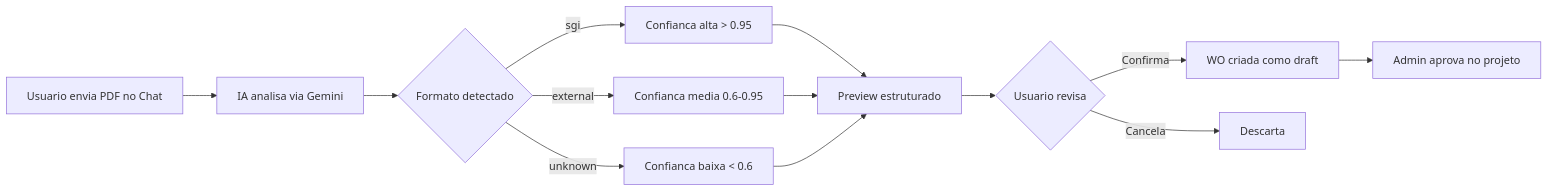
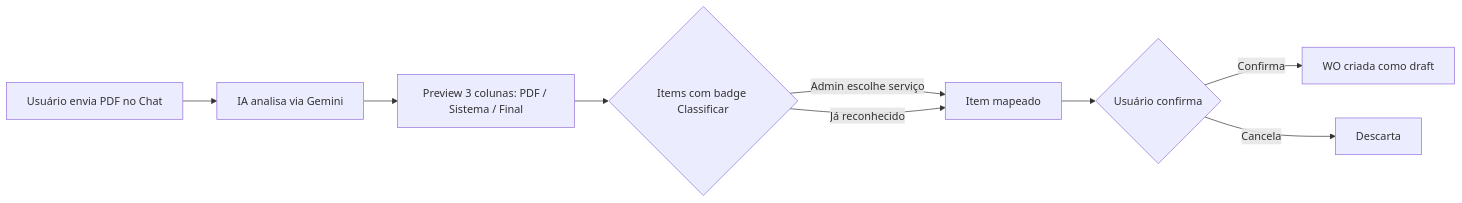
The first of 2 diagrams in docs/work-order.md (RafaelWinders/guia-do-usuario), drawn with Mermaid before and after one commit. The commit also changed other lines of this file and 15 other files, not shown here.

````diff
--- a/docs/work-order.md
+++ b/docs/work-order.md
@@ -66,15 +65,11 @@
 ```mermaid
 flowchart LR
-    A[Usuario envia PDF no Chat] --> B[IA analisa via Gemini]
-    B --> C{Formato detectado}
-    C -->|sgi| D[Confianca alta > 0.95]
-    C -->|external| E[Confianca media 0.6-0.95]
-    C -->|unknown| F[Confianca baixa < 0.6]
-    D --> G[Preview estruturado]
-    E --> G
-    F --> G
-    G --> H{Usuario revisa}
-    H -->|Confirma| I[WO criada como draft]
-    H -->|Cancela| J[Descarta]
-    I --> K[Admin aprova no projeto]
+    A[Usuário envia PDF no Chat] --> B[IA analisa via Gemini]
+    B --> C[Preview 3 colunas: PDF / Sistema / Final]
+    C --> D{Items com badge Classificar}
+    D -->|Admin escolhe serviço| E[Item mapeado]
+    D -->|Já reconhecido| E
+    E --> F{Usuário confirma}
+    F -->|Confirma| G[WO criada como draft]
+    F -->|Cancela| H[Descarta]
 ```
````
